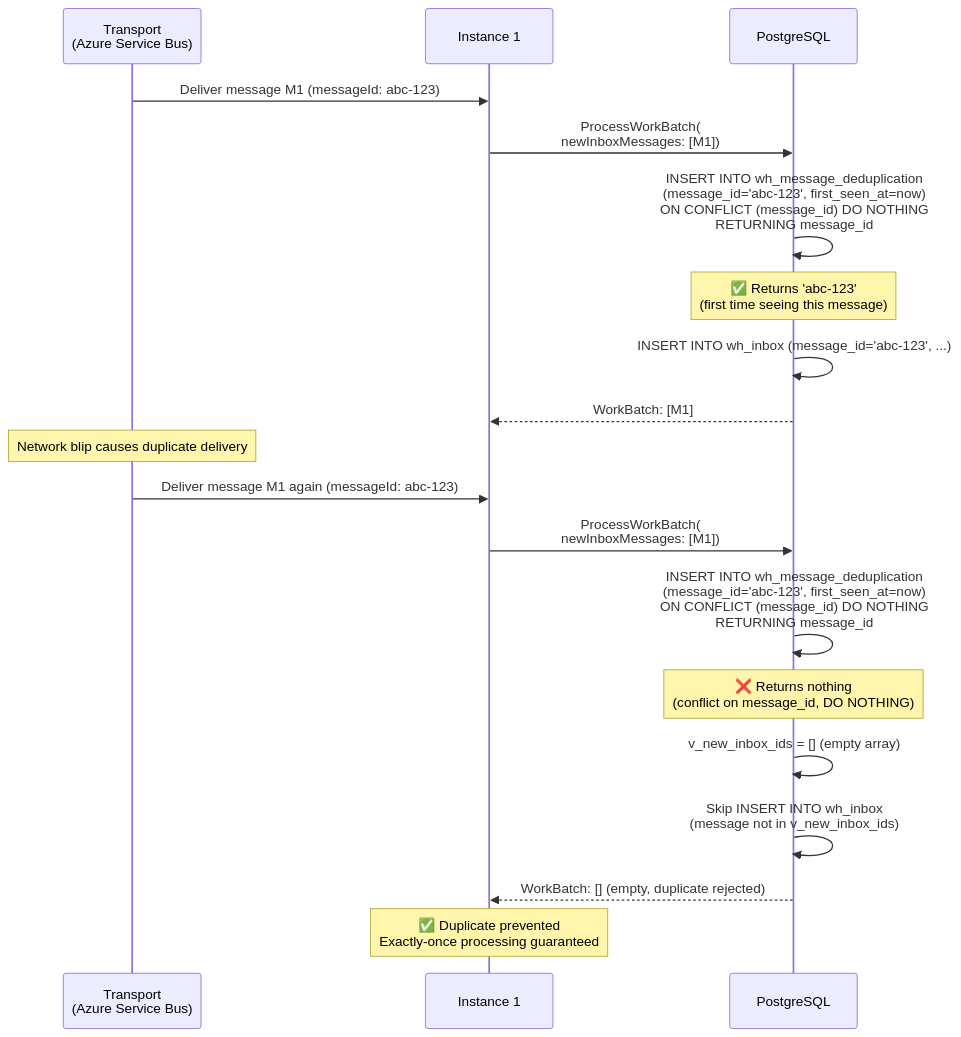
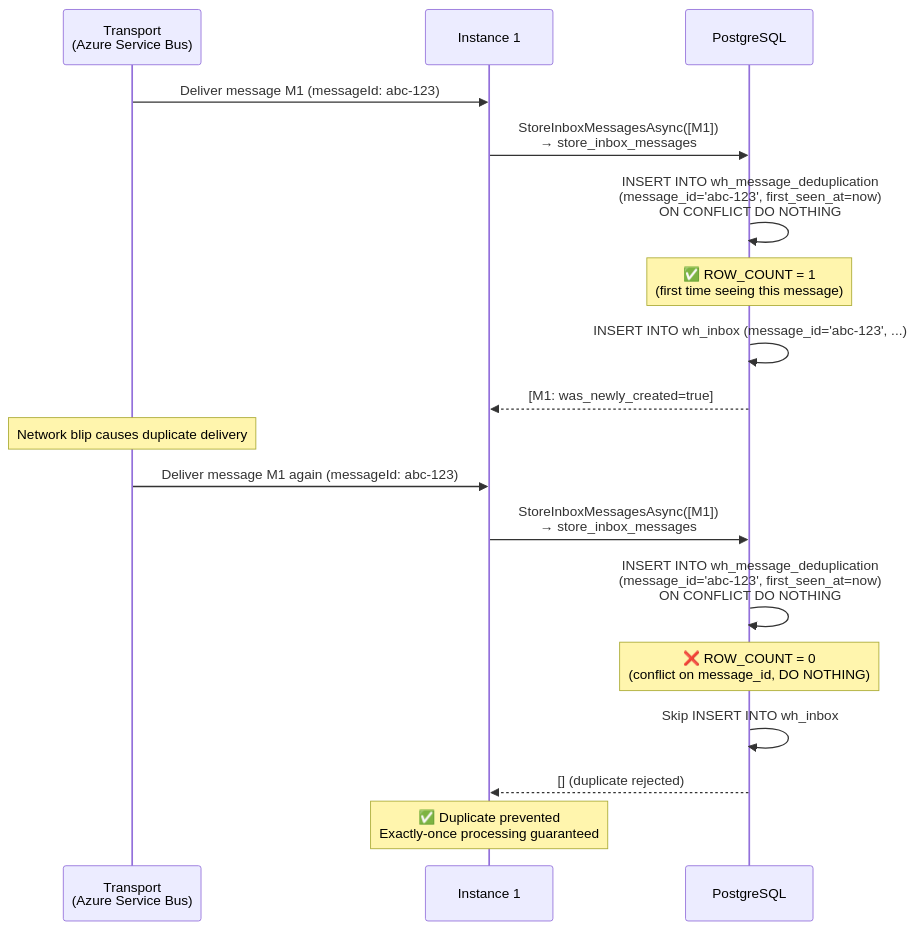
One commit to whizbang-lib/whizbang-lib.github.io changed the eighth of 12 diagrams in src/assets/docs/v1.0.0/messaging/multi-instance-coordination.md. Above: the diagram before and after it, drawn with Mermaid. The commit also changed other lines of this file and 7 other files, not shown here.

````diff
--- a/src/assets/docs/v1.0.0/messaging/multi-instance-coordination.md
+++ b/src/assets/docs/v1.0.0/messaging/multi-instance-coordination.md
@@ -315,25 +324,24 @@
 ```mermaid
 sequenceDiagram
     participant T as Transport<br/>(Azure Service Bus)
     participant I1 as Instance 1
     participant DB as PostgreSQL
 
     T->>I1: Deliver message M1 (messageId: abc-123)
-    I1->>DB: ProcessWorkBatch(<br/>newInboxMessages: [M1])
-    DB->>DB: INSERT INTO wh_message_deduplication<br/>(message_id='abc-123', first_seen_at=now)<br/>ON CONFLICT (message_id) DO NOTHING<br/>RETURNING message_id
-    Note over DB: ✅ Returns 'abc-123'<br/>(first time seeing this message)
+    I1->>DB: StoreInboxMessagesAsync([M1])<br/>→ store_inbox_messages
+    DB->>DB: INSERT INTO wh_message_deduplication<br/>(message_id='abc-123', first_seen_at=now)<br/>ON CONFLICT DO NOTHING
+    Note over DB: ✅ ROW_COUNT = 1<br/>(first time seeing this message)
     DB->>DB: INSERT INTO wh_inbox (message_id='abc-123', ...)
-    DB-->>I1: WorkBatch: [M1]
+    DB-->>I1: [M1: was_newly_created=true]
 
     Note over T: Network blip causes duplicate delivery
 
     T->>I1: Deliver message M1 again (messageId: abc-123)
-    I1->>DB: ProcessWorkBatch(<br/>newInboxMessages: [M1])
-    DB->>DB: INSERT INTO wh_message_deduplication<br/>(message_id='abc-123', first_seen_at=now)<br/>ON CONFLICT (message_id) DO NOTHING<br/>RETURNING message_id
-    Note over DB: ❌ Returns nothing<br/>(conflict on message_id, DO NOTHING)
-    DB->>DB: v_new_inbox_ids = [] (empty array)
-    DB->>DB: Skip INSERT INTO wh_inbox<br/>(message not in v_new_inbox_ids)
-    DB-->>I1: WorkBatch: [] (empty, duplicate rejected)
+    I1->>DB: StoreInboxMessagesAsync([M1])<br/>→ store_inbox_messages
+    DB->>DB: INSERT INTO wh_message_deduplication<br/>(message_id='abc-123', first_seen_at=now)<br/>ON CONFLICT DO NOTHING
+    Note over DB: ❌ ROW_COUNT = 0<br/>(conflict on message_id, DO NOTHING)
+    DB->>DB: Skip INSERT INTO wh_inbox
+    DB-->>I1: [] (duplicate rejected)
 
     Note over I1: ✅ Duplicate prevented<br/>Exactly-once processing guaranteed
 ```
````
